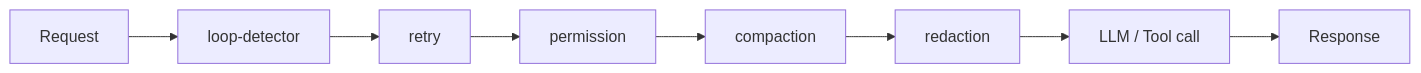
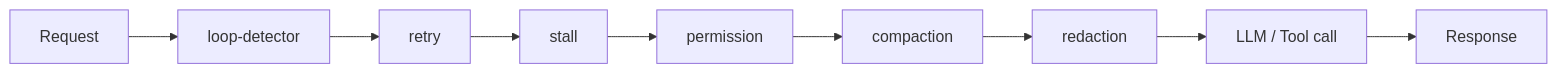
One commit to peggco/pegg changed the fifth of 12 diagrams in docs/pegg/architecture.md. Above: the diagram before and after it, drawn with Mermaid. The commit also changed other lines of this file and 7 other files, not shown here.

````diff
--- a/docs/pegg/architecture.md
+++ b/docs/pegg/architecture.md
@@ -294,10 +294,11 @@
 ```mermaid
 flowchart LR
     In["Request"] --> LD["loop-detector"]
     LD --> RT["retry"]
-    RT --> PM["permission"]
+    RT --> ST["stall"]
+    ST --> PM["permission"]
     PM --> CP["compaction"]
     CP --> RD["redaction"]
     RD --> Call["LLM / Tool call"]
     Call --> Out["Response"]
 ```
````
